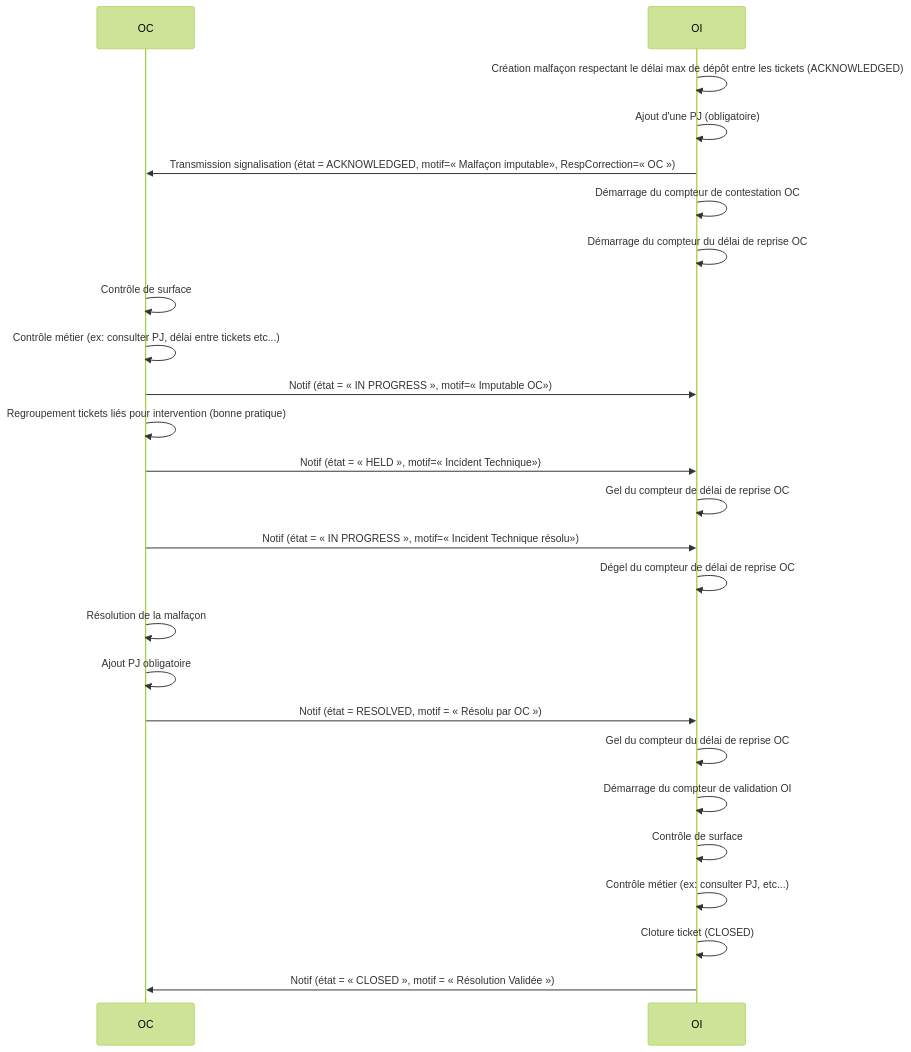
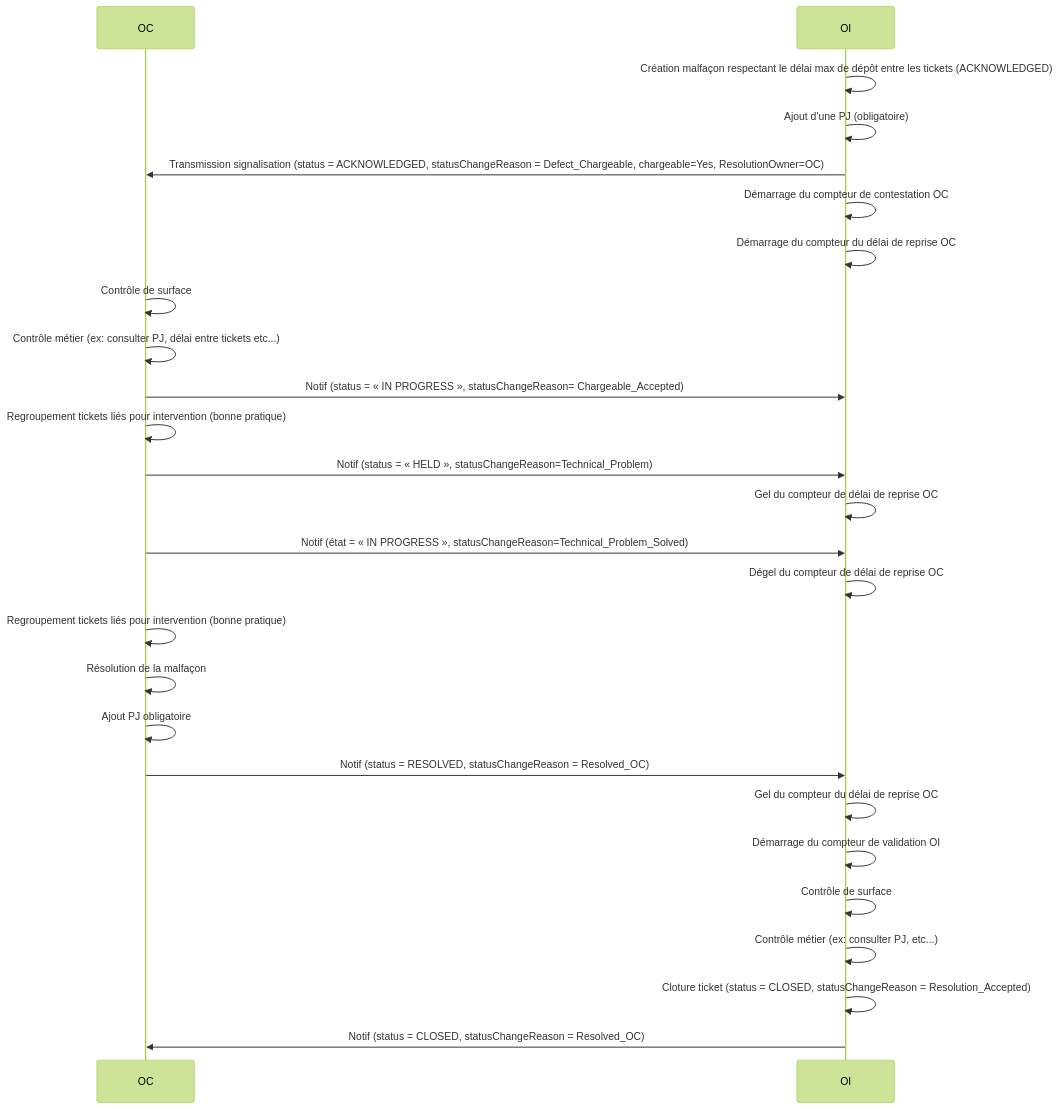
Diagram 12 of 14 in README.md (before-interop/malfacon), drawn with Mermaid (forest theme) before and after one commit. The commit also changed other lines of this file and 1 other file, not shown here.

````diff
--- a/README.md
+++ b/README.md
@@ -553,29 +547,30 @@
 ```mermaid
 sequenceDiagram
 
   participant OC
   participant OI
 
   OI->>OI: Création malfaçon respectant le délai max de dépôt entre les tickets (ACKNOWLEDGED)
   OI->>OI: Ajout d'une PJ (obligatoire)
-  OI->>OC: Transmission signalisation (état = ACKNOWLEDGED, motif=« Malfaçon imputable», RespCorrection=« OC »)
+  OI->>OC: Transmission signalisation (status = ACKNOWLEDGED, statusChangeReason = Defect_Chargeable, chargeable=Yes, ResolutionOwner=OC)
   OI->>OI: Démarrage du compteur de contestation OC
   OI->>OI: Démarrage du compteur du délai de reprise OC
   OC->>OC: Contrôle de surface
   OC->>OC: Contrôle métier (ex: consulter PJ, délai entre tickets etc...)
-  OC->>OI: Notif (état = « IN PROGRESS », motif=« Imputable OC»)
+  OC->>OI: Notif (status = « IN PROGRESS », statusChangeReason= Chargeable_Accepted)
   OC->>OC: Regroupement tickets liés pour intervention (bonne pratique)
-  OC->>OI: Notif (état = « HELD », motif=« Incident Technique»)
+  OC->>OI: Notif (status = « HELD », statusChangeReason=Technical_Problem)
   OI->>OI: Gel du compteur de délai de reprise OC
-  OC->>OI: Notif (état = « IN PROGRESS », motif=« Incident Technique résolu»)
+  OC->>OI: Notif (état = « IN PROGRESS », statusChangeReason=Technical_Problem_Solved)
   OI->>OI: Dégel du compteur de délai de reprise OC
+  OC->>OC: Regroupement tickets liés pour intervention (bonne pratique)
   OC->>OC: Résolution de la malfaçon
   OC->>OC: Ajout PJ obligatoire
-  OC->>OI: Notif (état = RESOLVED, motif = « Résolu par OC »)
+  OC->>OI: Notif (status = RESOLVED, statusChangeReason = Resolved_OC)
   OI->>OI: Gel du compteur du délai de reprise OC
   OI->>OI: Démarrage du compteur de validation OI
   OI->>OI: Contrôle de surface
   OI->>OI: Contrôle métier (ex: consulter PJ, etc...)
-  OI->>OI: Cloture ticket (CLOSED)
-  OI->>OC: Notif (état = « CLOSED », motif = « Résolution Validée »)
+  OI->>OI: Cloture ticket (status = CLOSED, statusChangeReason = Resolution_Accepted)
+  OI->>OC: Notif (status = CLOSED, statusChangeReason = Resolved_OC)
 ```
````
